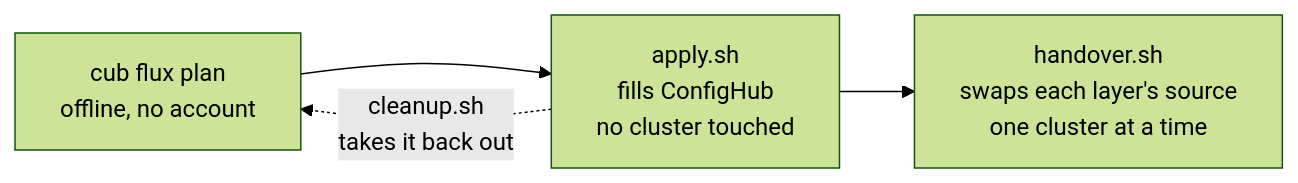
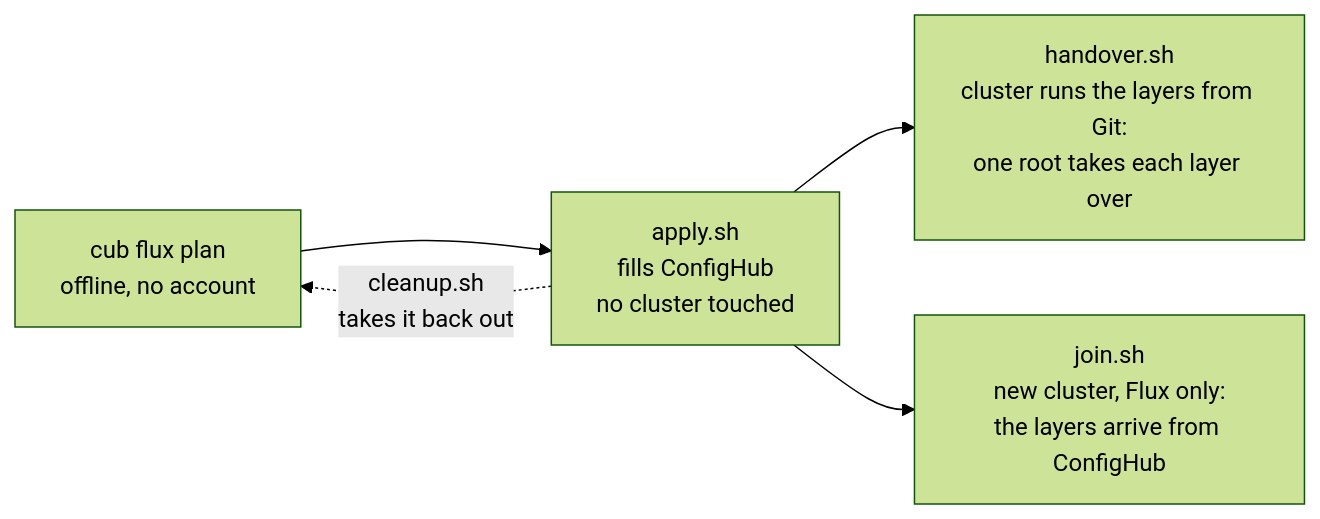
Before and after one commit to confighub/examples: the first of 11 diagrams in cub-flux/docs/onboard-your-flux-fleet.md, drawn with Mermaid (forest theme). The commit also changed other lines of this file and 11 other files, not shown here.

First line of the commit message:
cub-flux: one root per cluster, one Unit per layer (Brian's points 1 and 2)

````diff
--- a/cub-flux/docs/onboard-your-flux-fleet.md
+++ b/cub-flux/docs/onboard-your-flux-fleet.md
@@ -10,6 +10,7 @@
 ```mermaid
 flowchart LR
   p["cub flux plan<br/>offline, no account"] --> a["apply.sh<br/>fills ConfigHub<br/>no cluster touched"]
-  a --> h["handover.sh<br/>swaps each layer's source<br/>one cluster at a time"]
+  a --> h["handover.sh<br/>cluster runs the layers from Git:<br/>one root takes each layer over"]
+  a --> j["join.sh<br/>new cluster, Flux only:<br/>the layers arrive from ConfigHub"]
   a -.->|"cleanup.sh<br/>takes it back out"| p
 ```
````
